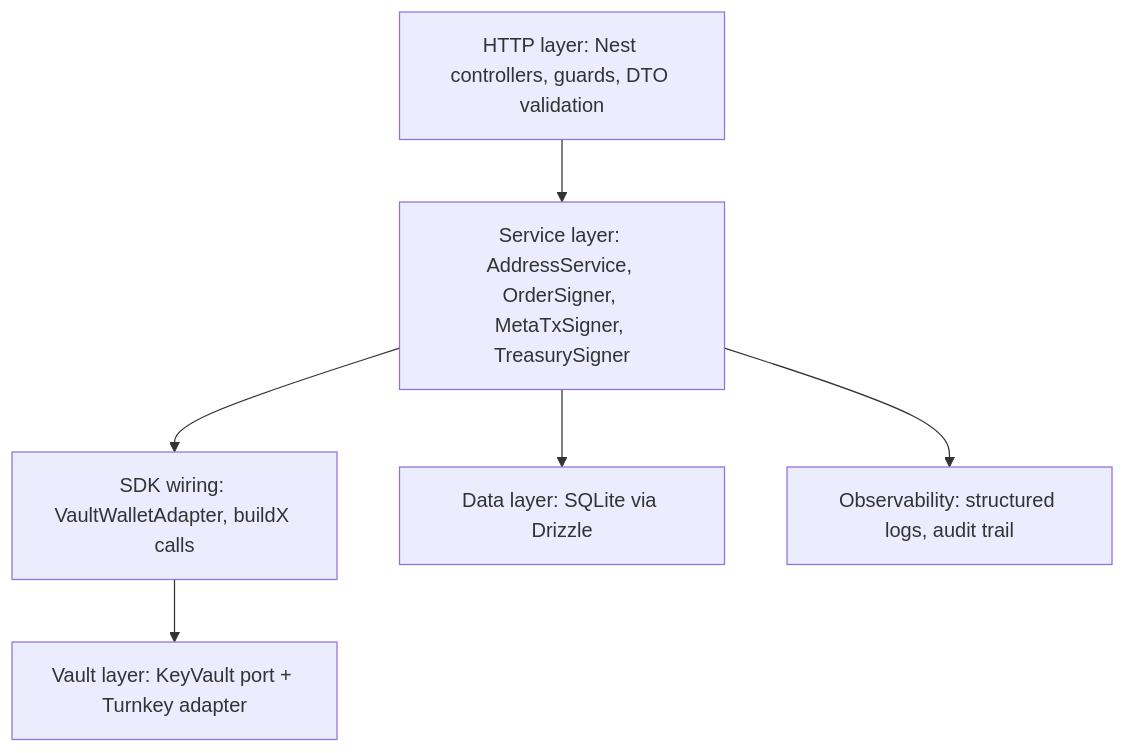
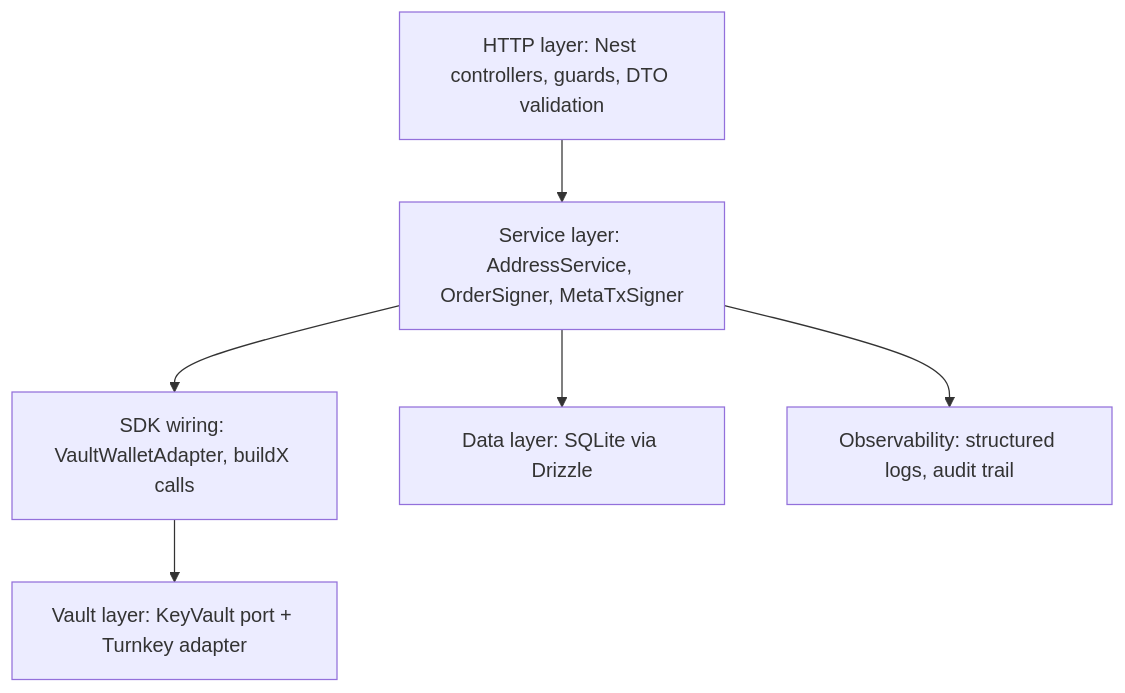
One commit to In-a-bit/dpm-wallet changed the diagram in docs/images/03-layered-view.mmd. Above: the diagram before and after it, drawn with Mermaid. The commit also changed 38 other files, not shown here.

```diff
--- a/docs/images/03-layered-view.mmd
+++ b/docs/images/03-layered-view.mmd
@@ -1,13 +1,13 @@
 flowchart TB
   http[HTTP layer: Nest controllers, guards, DTO validation]
-  svc[Service layer: AddressService, OrderSigner, MetaTxSigner, TreasurySigner]
+  svc[Service layer: AddressService, OrderSigner, MetaTxSigner]
   sdkw[SDK wiring: VaultWalletAdapter, buildX calls]
   vaultL[Vault layer: KeyVault port + Turnkey adapter]
   data[Data layer: SQLite via Drizzle]
   obs[Observability: structured logs, audit trail]
 
   http --> svc
   svc --> sdkw
   svc --> data
   sdkw --> vaultL
   svc --> obs
```
